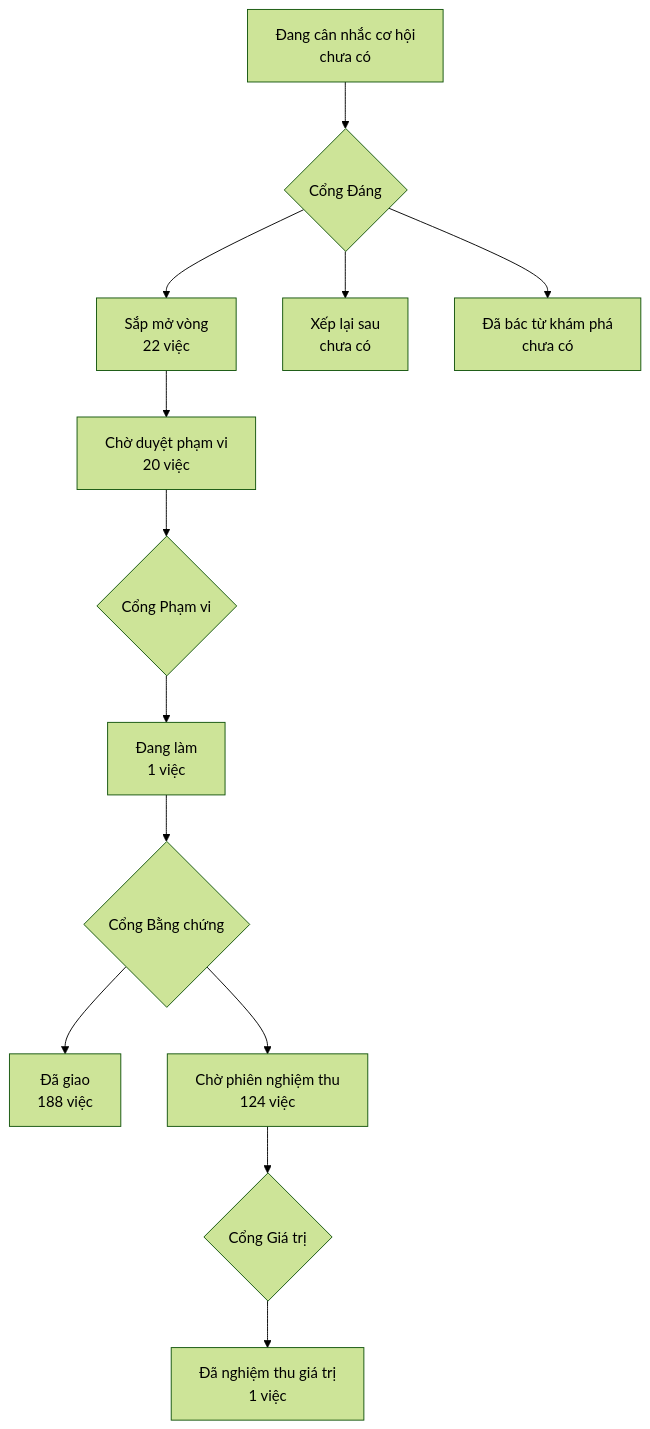
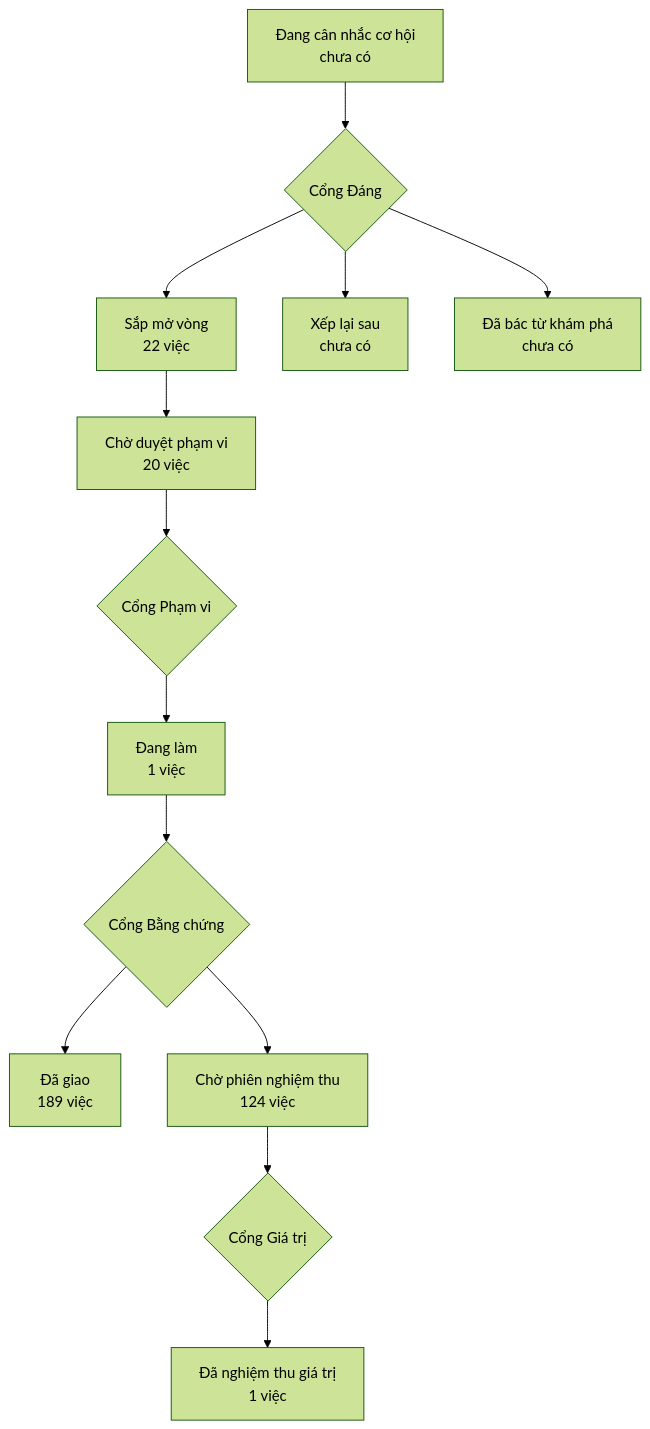
One commit to phanlemanh/onehub-invest changed the diagram in PRODUCT-MAP.md. Above: the diagram before and after it, drawn with Mermaid (forest theme). The commit also changed other lines of this file and 1 other file, not shown here.

Commit message:
docs: sinh lại bản đồ sản phẩm và lộ trình sau khi gộp main

````diff
--- a/PRODUCT-MAP.md
+++ b/PRODUCT-MAP.md
@@ -7,12 +7,12 @@
 ```mermaid
 flowchart TD
   A["Đang cân nhắc cơ hội<br/>chưa có"] --> GD{"Cổng Đáng"}
   GD --> B["Sắp mở vòng<br/>22 việc"]
   GD --> XL["Xếp lại sau<br/>chưa có"]
   GD --> DB["Đã bác từ khám phá<br/>chưa có"]
   B --> CD["Chờ duyệt phạm vi<br/>20 việc"] --> GP{"Cổng Phạm vi"}
   GP --> DL["Đang làm<br/>1 việc"] --> GB{"Cổng Bằng chứng"}
-  GB --> DG["Đã giao<br/>188 việc"]
+  GB --> DG["Đã giao<br/>189 việc"]
   GB --> CN["Chờ phiên nghiệm thu<br/>124 việc"] --> GG{"Cổng Giá trị"}
   GG --> NT["Đã nghiệm thu giá trị<br/>1 việc"]
 ```
````
